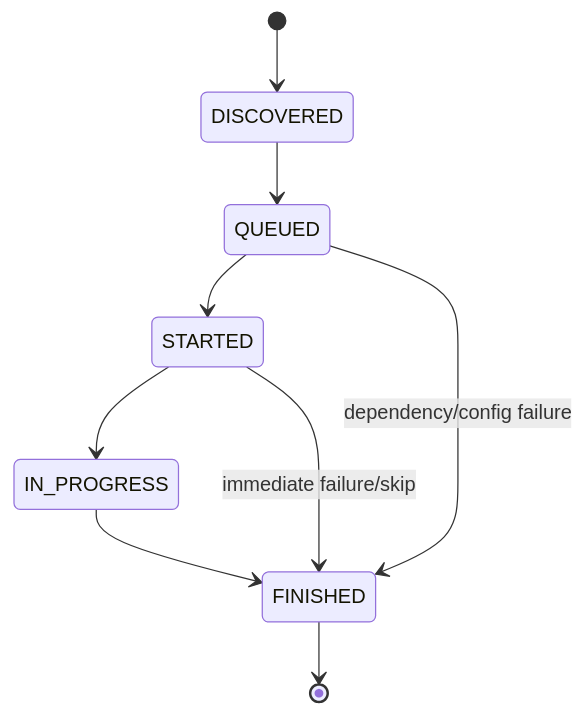
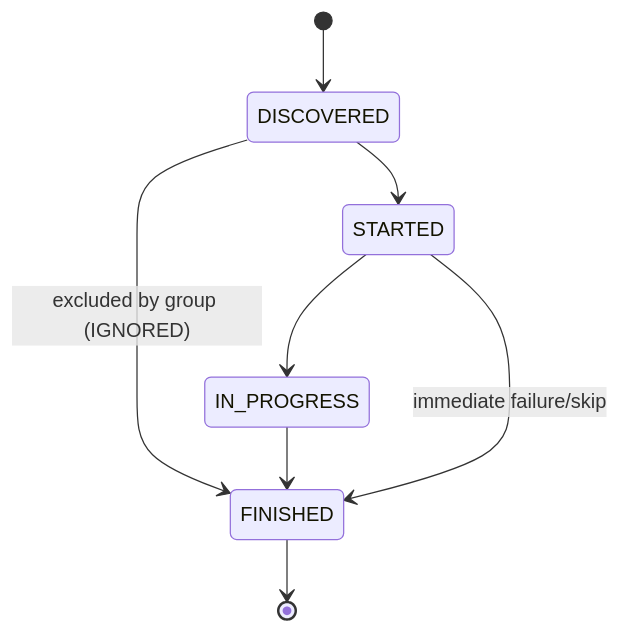
The third of 4 diagrams in README.md (prmiguel/testng-live-reporter), drawn with Mermaid before and after one commit. The commit also changed other lines of this file and 31 other files, not shown here.

````diff
--- a/README.md
+++ b/README.md
@@ -176,11 +176,10 @@
 ```mermaid
 stateDiagram-v2
     [*] --> DISCOVERED
-    DISCOVERED --> QUEUED
-    QUEUED --> STARTED
+    DISCOVERED --> STARTED
+    DISCOVERED --> FINISHED : excluded by group (IGNORED)
     STARTED --> IN_PROGRESS
     IN_PROGRESS --> FINISHED
     STARTED --> FINISHED : immediate failure/skip
-    QUEUED --> FINISHED : dependency/config failure
     FINISHED --> [*]
 ```
````
